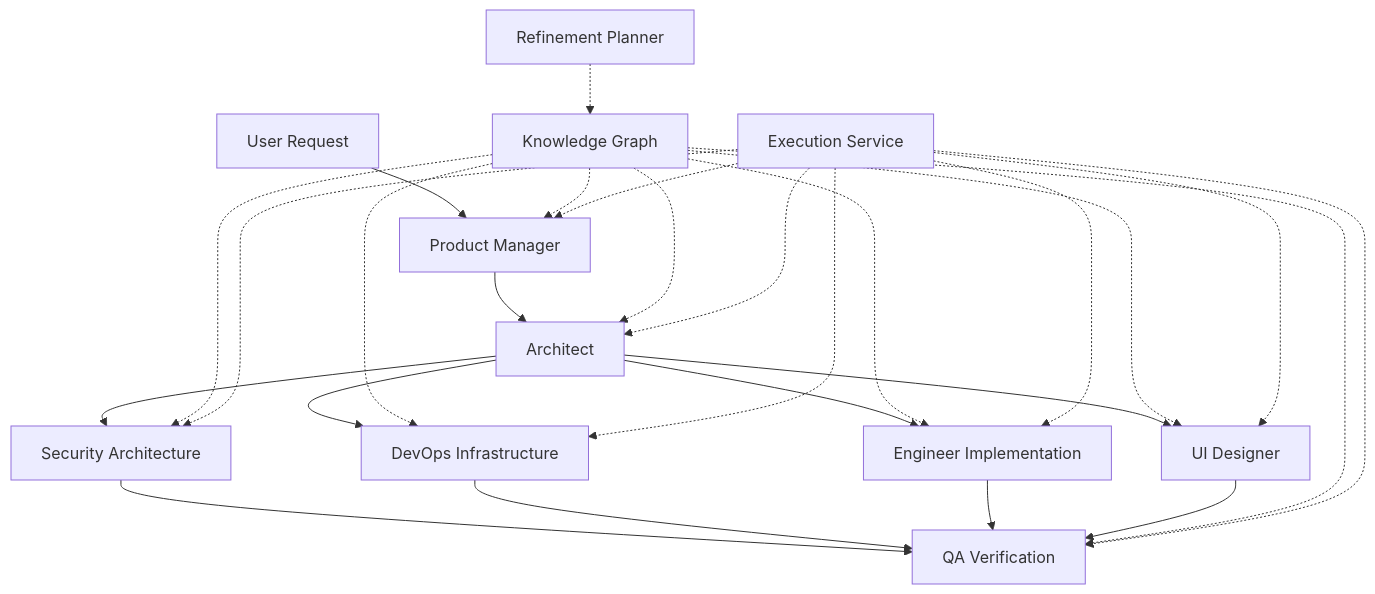
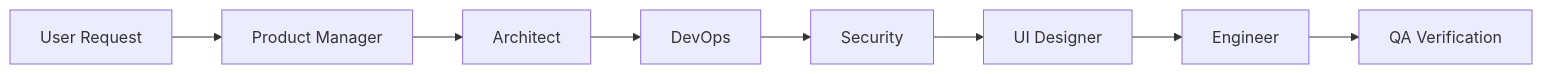
One commit to josephsenior/Metasop changed the diagram in README.md. Above: the diagram before and after it, drawn with Mermaid. The commit also changed other lines of this file and 164 other files, not shown here.

Commit message:
feat: align agent schemas and UI fixes, resolve TS build errors

````diff
--- a/README.md
+++ b/README.md
@@ -166,30 +173,10 @@
 ```mermaid
-graph TD
+graph LR
     A[User Request] --> B[Product Manager]
     B --> C[Architect]
-    C --> D[Security Architecture]
-    C --> E[DevOps Infrastructure]
-    C --> F[Engineer Implementation]
-    C --> G[UI Designer]
-    D --> H[QA Verification]
-    E --> H
-    F --> H
-    G --> H
-    
-    I[Knowledge Graph] -.-> B
-    I -.-> C
-    I -.-> D
-    I -.-> E
-    I -.-> F
-    I -.-> G
-    I -.-> H
-    
-    J[Refinement Planner] -.-> I
-    K[Execution Service] -.-> B
-    K -.-> C
-    K -.-> D
-    K -.-> E
-    K -.-> F
-    K -.-> G
-    K -.-> H
+    C --> D[DevOps]
+    D --> E[Security]
+    E --> F[UI Designer]
+    F --> G[Engineer]
+    G --> H[QA Verification]
 ```
````
